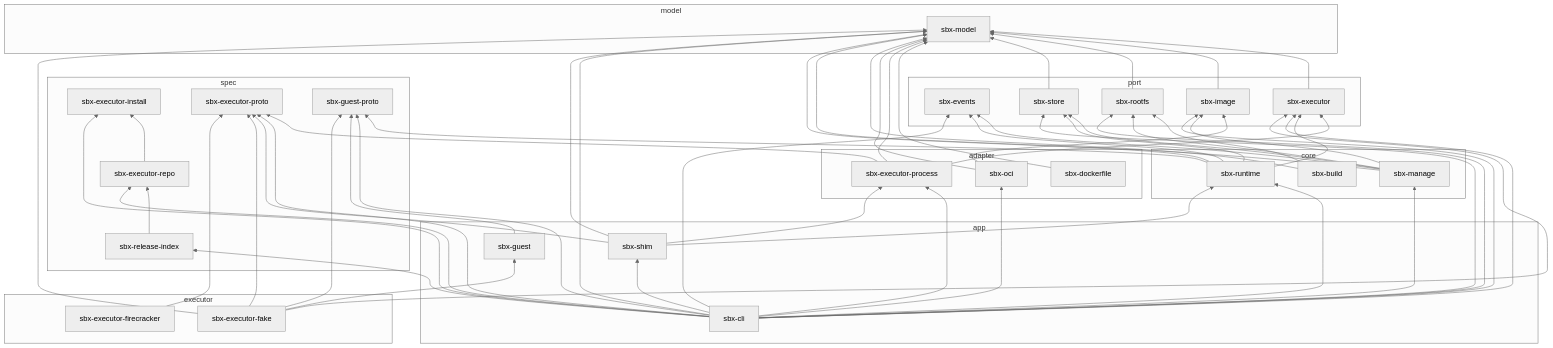
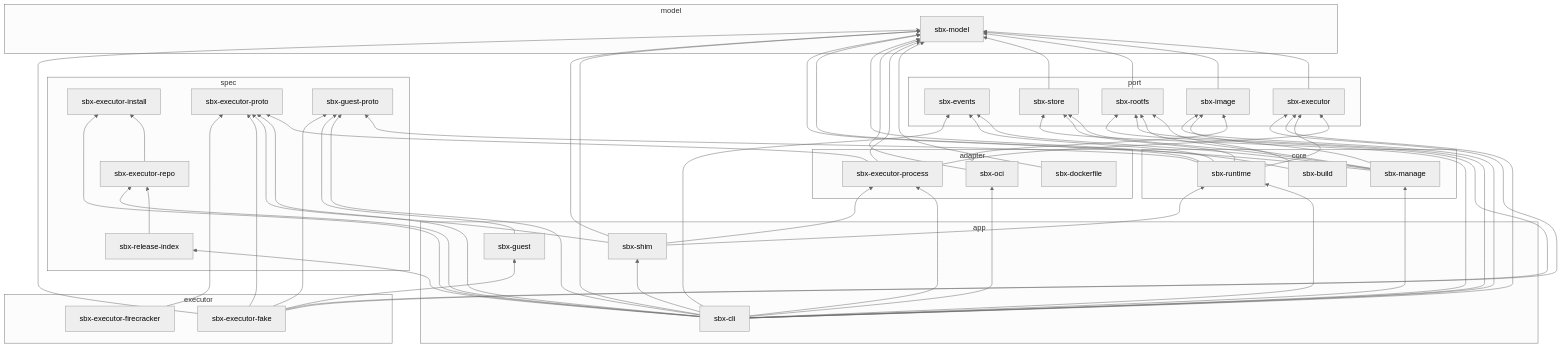
The diagram in docs/developers/crates.md (toollyst/sandbox), drawn with Mermaid (neutral theme) before and after one commit. The commit also changed other lines of this file and 7 other files, not shown here.

````diff
--- a/docs/developers/crates.md
+++ b/docs/developers/crates.md
@@ -110,5 +110,6 @@
   sbx_executor_fake --> sbx_guest
   sbx_executor_fake --> sbx_guest_proto
   sbx_executor_fake --> sbx_model
+  sbx_executor_fake --> sbx_rootfs
   sbx_executor_firecracker --> sbx_executor_proto
 ```
````
